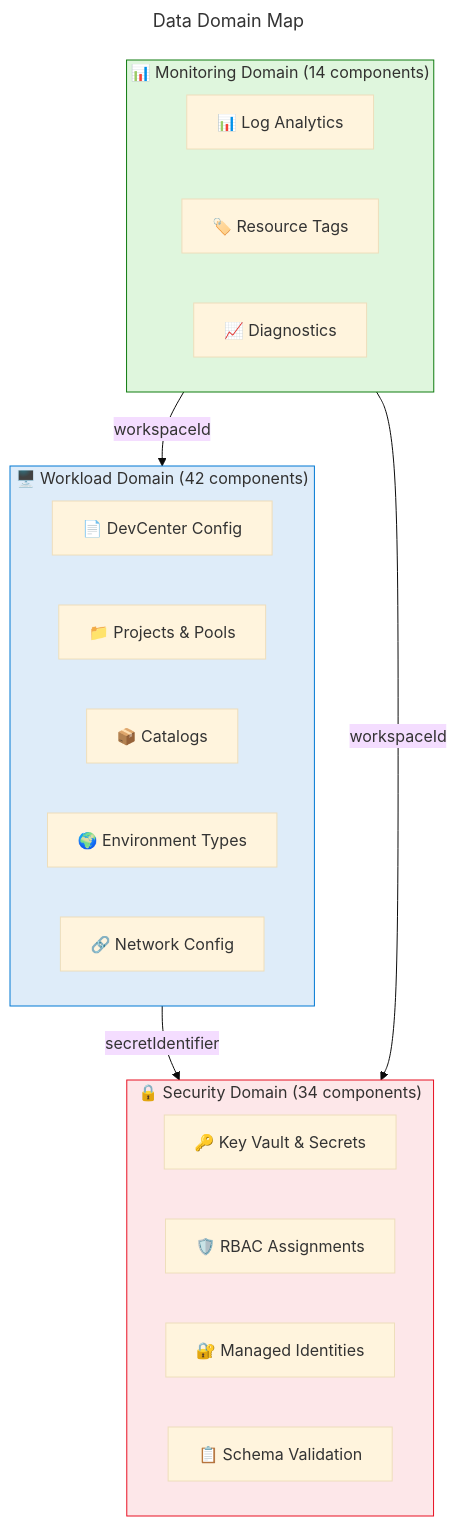
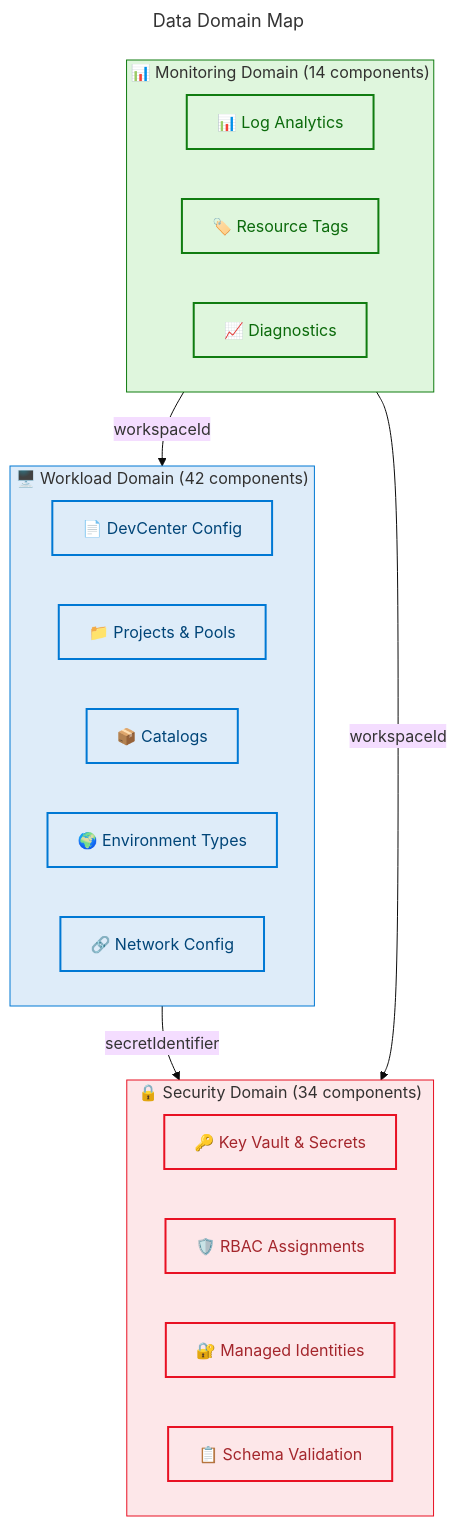
One commit to Evilazaro/DevExp-DevBox changed the first of 9 diagrams in docs/architecture/data-architecture.md. Above: the diagram before and after it, drawn with Mermaid. The commit also changed 1 other file, not shown here.

Commit message:
docs: enhance data and business architecture diagrams with improved styling for clarity

````diff
--- a/docs/architecture/data-architecture.md
+++ b/docs/architecture/data-architecture.md
@@ -62,53 +62,57 @@
 ```mermaid
 ---
 title: Data Domain Map
 config:
   theme: base
   look: classic
   layout: dagre
   themeVariables:
     fontSize: '16px'
 ---
 flowchart TD
     %% ═══════════════════════════════════════════════════════════════════════════
     %% AZURE / FLUENT ARCHITECTURE PATTERN v1.1
     %% (Semantic + Structural + Font + Accessibility Governance)
     %% ═══════════════════════════════════════════════════════════════════════════
     %% PHASE 1 - STRUCTURAL: Direction explicit, flat topology, nesting ≤ 3
     %% PHASE 2 - SEMANTIC: Colors justified, max 5 semantic classes, neutral-first
     %% PHASE 3 - FONT: Dark text on light backgrounds, contrast ≥ 4.5:1
     %% PHASE 4 - ACCESSIBILITY: accTitle/accDescr present, icons on all nodes
     %% PHASE 5 - STANDARD: Governance block present, classDefs centralized
     %% ═══════════════════════════════════════════════════════════════════════════
 
     accTitle: Data Domain Map
     accDescr: Three core data domains with their sub-domains and component counts
 
     subgraph WORKLOAD["🖥️ Workload Domain (42 components)"]
-        W1["📄 DevCenter Config"]
-        W2["📁 Projects & Pools"]
-        W3["📦 Catalogs"]
-        W4["🌍 Environment Types"]
-        W5["🔗 Network Config"]
+        W1["📄 DevCenter Config"]:::core
+        W2["📁 Projects & Pools"]:::core
+        W3["📦 Catalogs"]:::core
+        W4["🌍 Environment Types"]:::core
+        W5["🔗 Network Config"]:::core
     end
     style WORKLOAD fill:#DEECF9,stroke:#0078D4,color:#323130
 
     subgraph SECURITY["🔒 Security Domain (34 components)"]
-        S1["🔑 Key Vault & Secrets"]
-        S2["🛡️ RBAC Assignments"]
-        S3["🔐 Managed Identities"]
-        S4["📋 Schema Validation"]
+        S1["🔑 Key Vault & Secrets"]:::danger
+        S2["🛡️ RBAC Assignments"]:::danger
+        S3["🔐 Managed Identities"]:::danger
+        S4["📋 Schema Validation"]:::danger
     end
     style SECURITY fill:#FDE7E9,stroke:#E81123,color:#323130
 
     subgraph MONITORING["📊 Monitoring Domain (14 components)"]
-        M1["📊 Log Analytics"]
-        M2["🏷️ Resource Tags"]
-        M3["📈 Diagnostics"]
+        M1["📊 Log Analytics"]:::success
+        M2["🏷️ Resource Tags"]:::success
+        M3["📈 Diagnostics"]:::success
     end
     style MONITORING fill:#DFF6DD,stroke:#107C10,color:#323130
 
     WORKLOAD -->|"secretIdentifier"| SECURITY
     MONITORING -->|"workspaceId"| WORKLOAD
     MONITORING -->|"workspaceId"| SECURITY
+
+    classDef core fill:#DEECF9,stroke:#0078D4,stroke-width:2px,color:#004578
+    classDef danger fill:#FDE7E9,stroke:#E81123,stroke-width:2px,color:#A4262C
+    classDef success fill:#DFF6DD,stroke:#107C10,stroke-width:2px,color:#0B6A0B
 ```
````
